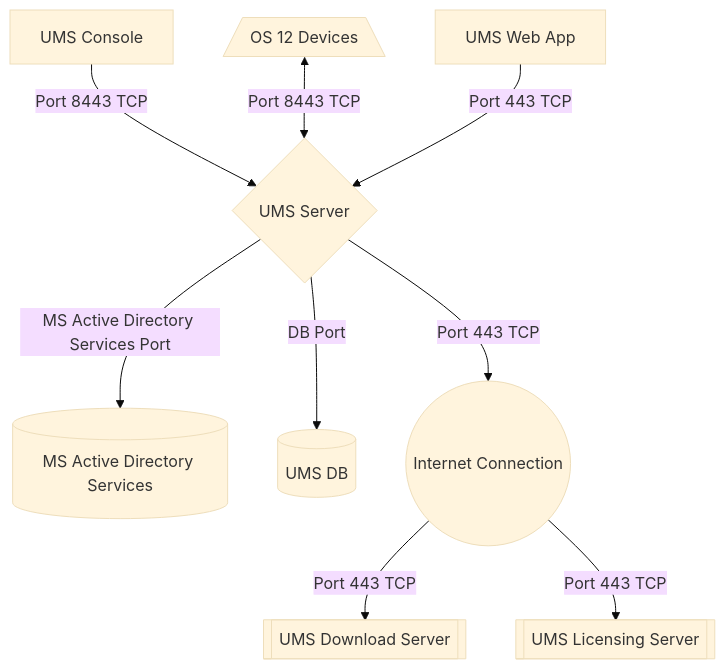
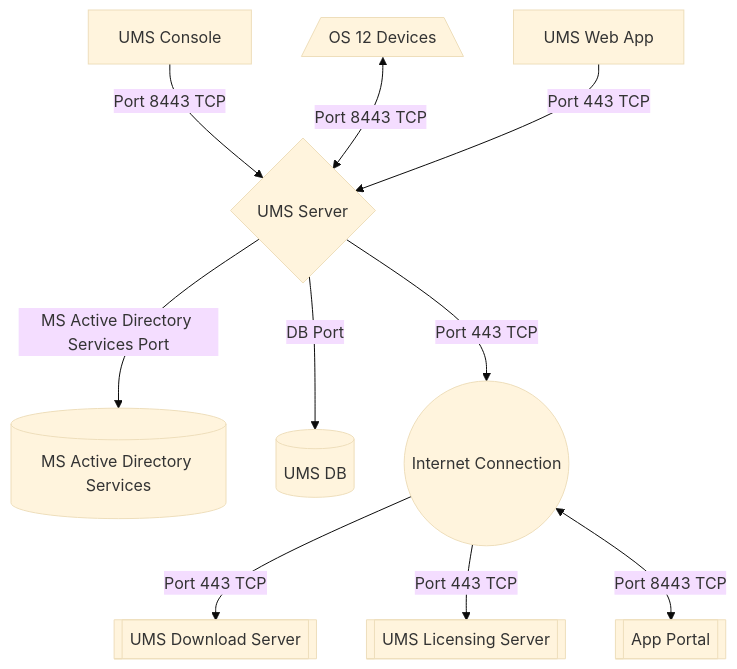
One commit to IGEL-Community/IGEL-Docs-v02 changed the third of 5 diagrams in docs/Docs/HOWTO-Basic-Setup-Guide.md. Above: the diagram before and after it, drawn with Mermaid (base theme). The commit also changed other lines of this file, not shown here.

````diff
--- a/docs/Docs/HOWTO-Basic-Setup-Guide.md
+++ b/docs/Docs/HOWTO-Basic-Setup-Guide.md
@@ -183,11 +184,12 @@
 ```mermaid
 flowchart TD
   A[UMS Console]-- Port 8443 TCP --> C{UMS Server}
   C{UMS Server}-- MS Active Directory Services Port --> D[(MS Active Directory Services)]
   C{UMS Server}-- DB Port--> E[(UMS DB)]
   C{UMS Server}-- Port 443 TCP --> H((Internet Connection))
   H((Internet Connection))-- Port 443 TCP --> I[[UMS Download Server]]
   H((Internet Connection))-- Port 443 TCP --> J[[UMS Licensing Server]]
   K[/OS 12 Devices\]<-- Port 8443 TCP --> C{UMS Server}
   L[UMS Web App]-- Port 443 TCP --> C{UMS Server}
+  H((Internet Connection))<-- Port 8443 TCP --> P[[App Portal]]
 ```
````
